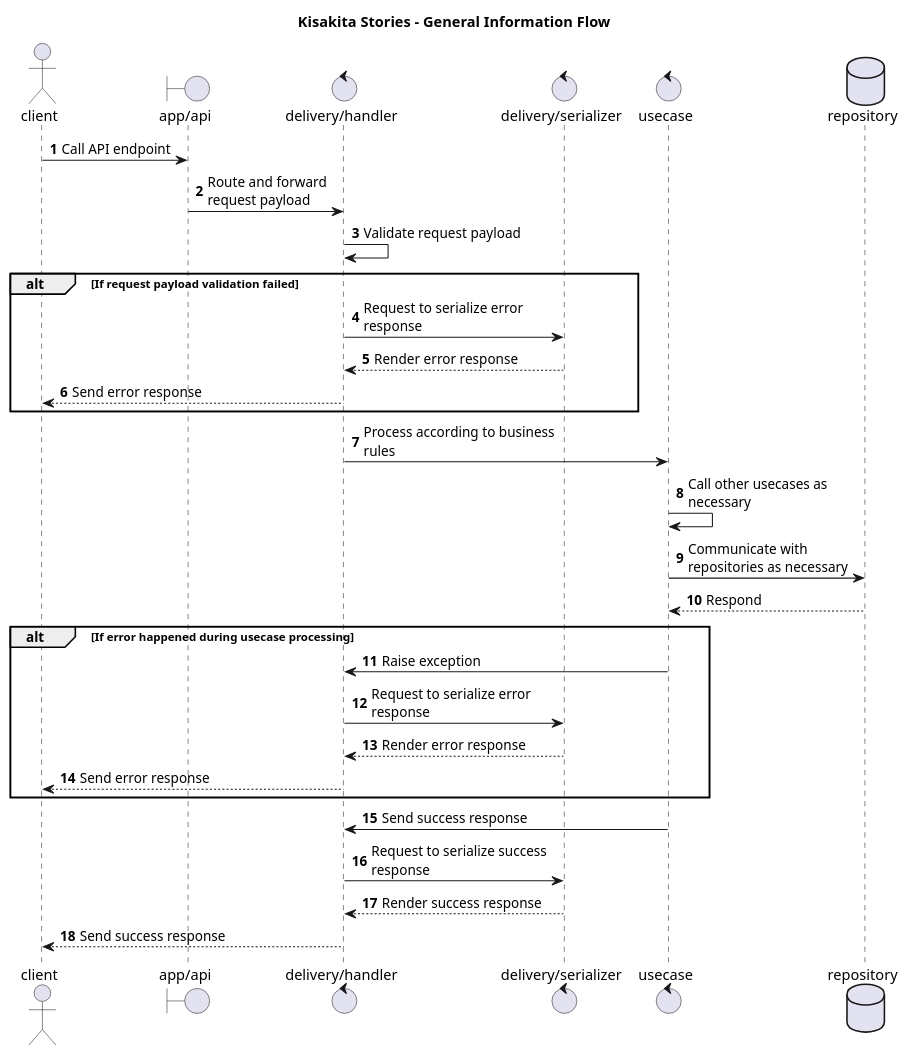
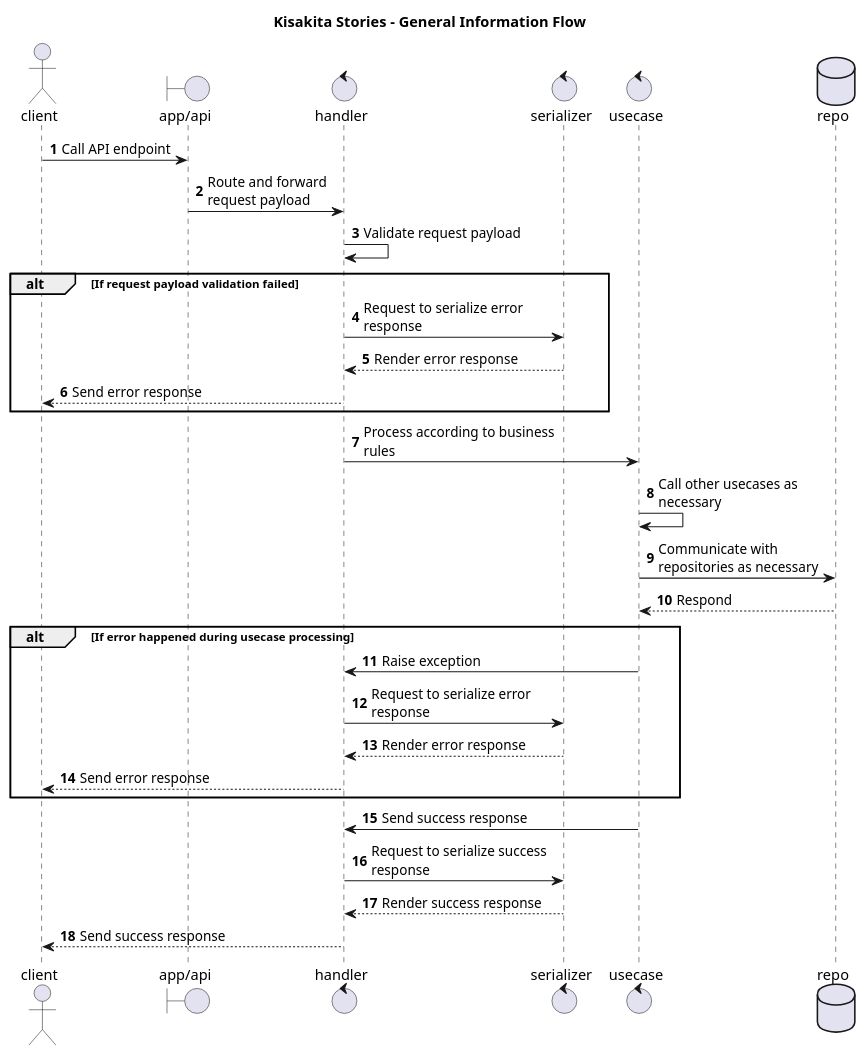
One commit to ianadiwibowo/kisakita changed the diagram in doc/general_information_flow.puml. Above: the diagram before and after it, drawn with PlantUML. The commit also changed 1 other file, not shown here.

Commit message:
Update General Information Flow diagram

```diff
--- a/doc/general_information_flow.puml
+++ b/doc/general_information_flow.puml
@@ -1,41 +1,41 @@
 @startuml
 
 title Kisakita Stories - General Information Flow
 
 autonumber
 
 actor client as c
 boundary "app/api" as a
-control "delivery/handler" as h
-control "delivery/serializer" as s
+control "handler" as h
+control "serializer" as s
 control "usecase" as u
-database "repository" as r
+database "repo" as r
 
 c -> a: Call API endpoint
 a -> h: Route and forward\nrequest payload
 h -> h: Validate request payload
 
 alt If request payload validation failed
 h -> s: Request to serialize error\nresponse
 s --> h: Render error response
 h --> c: Send error response
 end
 
 h -> u: Process according to business\nrules
 u -> u: Call other usecases as\nnecessary
 u -> r: Communicate with\nrepositories as necessary
 r --> u: Respond
 
 alt If error happened during usecase processing
 u -> h: Raise exception
 h -> s: Request to serialize error\nresponse
 s --> h: Render error response
 h --> c: Send error response
 end
 
 u -> h: Send success response
 h -> s: Request to serialize success\nresponse
 s --> h: Render success response
 h --> c: Send success response
 
 @enduml
```
